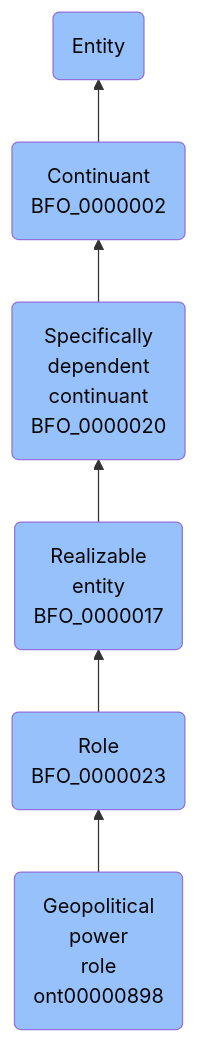
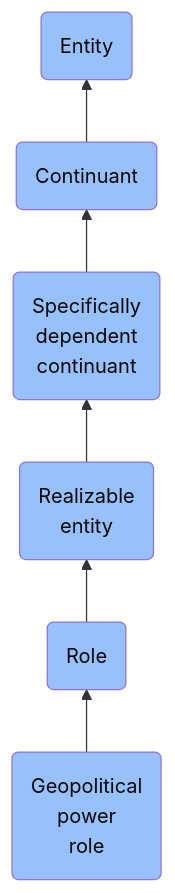
Before and after one commit to jupyter-naas/abi: the diagram in docs/ontology/reference/model/Entity/Continuant/Specifically dependent continuant/Realizable entity/Role/Geopolitical power role/Geopolitical power role.md, drawn with Mermaid. The commit also changed other lines of this file and 1430 other files, not shown here.

````diff
--- a/docs/ontology/reference/model/Entity/Continuant/Specifically dependent continuant/Realizable entity/Role/Geopolitical power role/Geopolitical power role.md
+++ b/docs/ontology/reference/model/Entity/Continuant/Specifically dependent continuant/Realizable entity/Role/Geopolitical power role/Geopolitical power role.md
@@ -24,13 +24,13 @@
 ```mermaid
 graph BT
-    ont00000898(Geopolitical<br>power<br>role<br>ont00000898):::BFO-->BFO_0000023
-    BFO_0000023(Role<br>BFO_0000023):::BFO-->BFO_0000017
-    BFO_0000017(Realizable<br>entity<br>BFO_0000017):::BFO-->BFO_0000020
-    BFO_0000020(Specifically<br>dependent<br>continuant<br>BFO_0000020):::BFO-->BFO_0000002
-    BFO_0000002(Continuant<br>BFO_0000002):::BFO-->BFO_0000001
+    ont00000898(Geopolitical<br>power<br>role):::BFO-->BFO_0000023
+    BFO_0000023(Role):::BFO-->BFO_0000017
+    BFO_0000017(Realizable<br>entity):::BFO-->BFO_0000020
+    BFO_0000020(Specifically<br>dependent<br>continuant):::BFO-->BFO_0000002
+    BFO_0000002(Continuant):::BFO-->BFO_0000001
     BFO_0000001(Entity):::BFO
     
     classDef BFO fill:#97c1fb,color:#060606
     classDef CCO fill:#e4c51e,color:#060606
     classDef ABI fill:#48DD82,color:#060606
 ```
````
